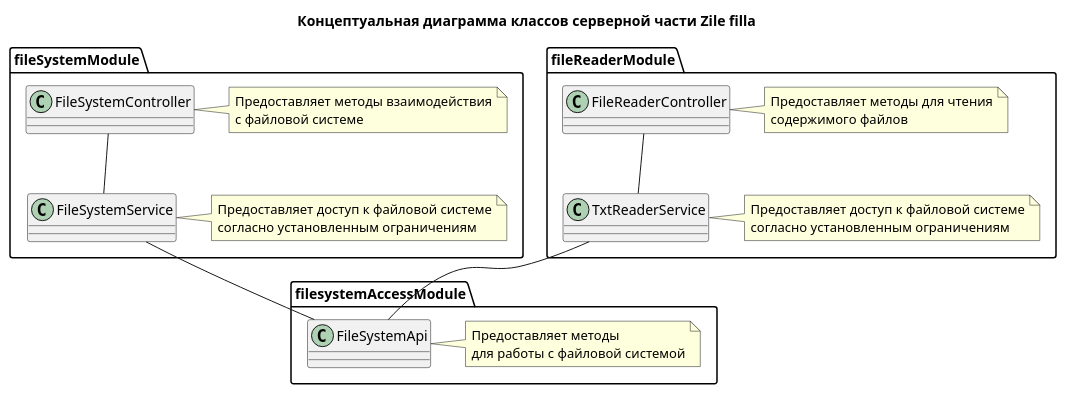
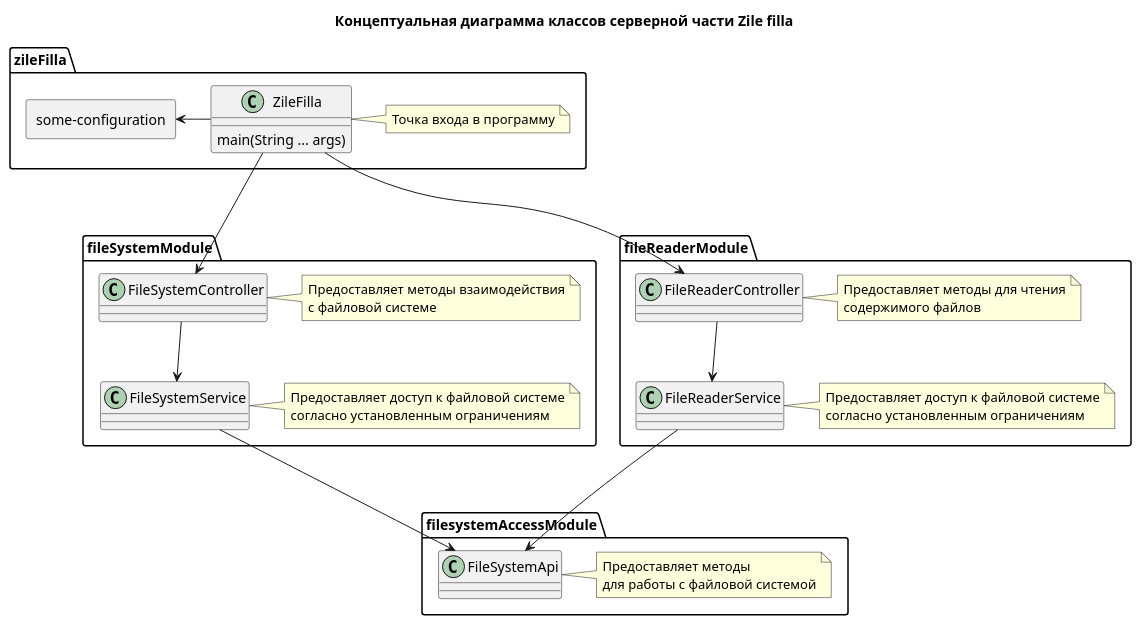
The diagram in documentation/diagrams/server-class-diagram.pu (PavelPutin/Zile-filla), drawn with PlantUML before and after one commit.

Commit message:
doc: add entry point class on diagram

```diff
--- a/documentation/diagrams/server-class-diagram.pu
+++ b/documentation/diagrams/server-class-diagram.pu
@@ -1,32 +1,45 @@
 @startuml Server class diagram of Zile filla
 
 title
 Концептуальная диаграмма классов серверной части Zile filla
 end title
+
+package zileFilla {
+    allowmixing
+    class ZileFilla {
+        main(String ... args)
+    }
+    note right of ZileFilla : Точка входа в программу
+
+    rectangle "some-configuration" as Configs
+}
 
 package fileSystemModule {
     class FileSystemController
     note right of FileSystemController : Предоставляет методы взаимодействия\nс файловой системе
 
     class FileSystemService
     note right of FileSystemService: Предоставляет доступ к файловой системе\nсогласно установленным ограничениям
 }
 
 package fileReaderModule {
     class FileReaderController
     note right of FileReaderController: Предоставляет методы для чтения\nсодержимого файлов
 
-    class TxtReaderService
-    note right of TxtReaderService: Предоставляет доступ к файловой системе\nсогласно установленным ограничениям
+    class FileReaderService
+    note right of FileReaderService: Предоставляет доступ к файловой системе\nсогласно установленным ограничениям
 }
 
 package filesystemAccessModule {
     class FileSystemApi
     note right of FileSystemApi: Предоставляет методы\nдля работы с файловой системой
 }
 
-FileSystemController -- FileSystemService
-FileReaderController -- TxtReaderService
-FileSystemService -- FileSystemApi
-TxtReaderService -- FileSystemApi
+ZileFilla ---> FileSystemController 
+ZileFilla ---> FileReaderController  
+ZileFilla -left-> Configs
+FileSystemController --> FileSystemService
+FileReaderController --> FileReaderService
+FileSystemService ---> FileSystemApi
+FileReaderService ---> FileSystemApi
 @enduml
```
